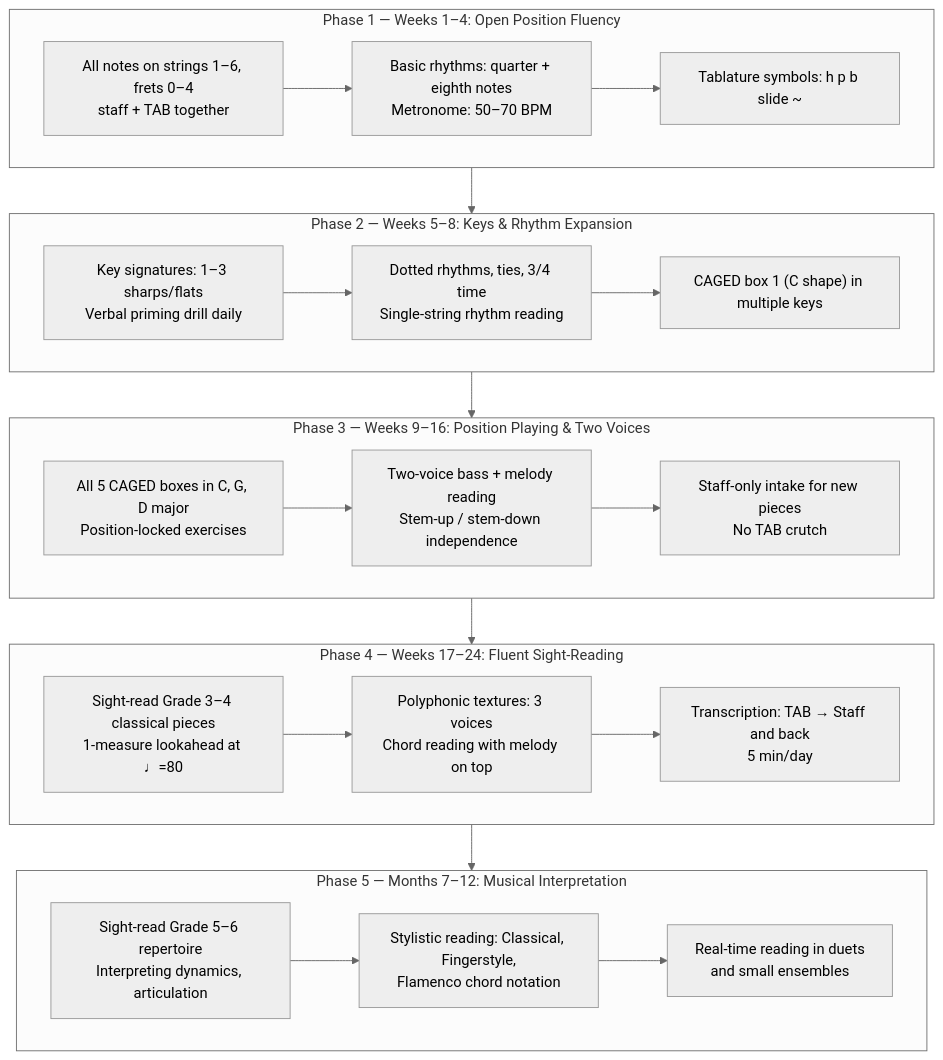
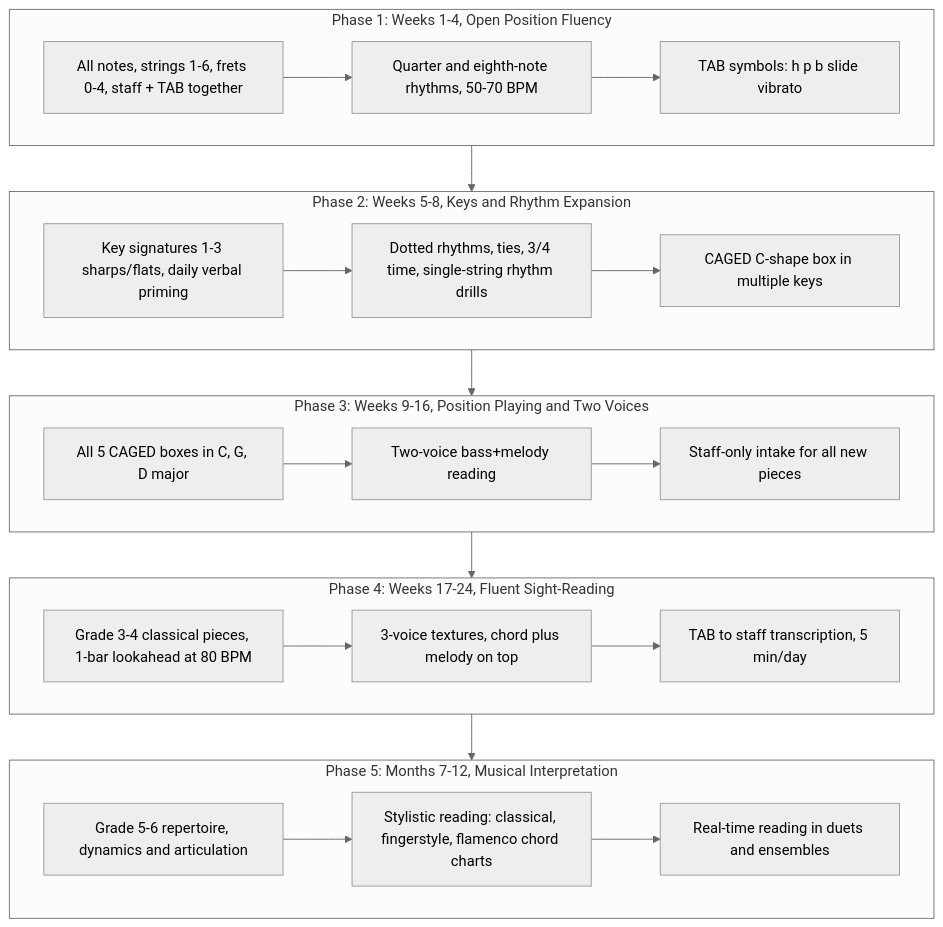
One commit to blebleblee/synapse changed the third of 3 diagrams in topics/arts/music_performance/acoustic_guitar/lesson_04_reading_tablature_and_sheet_music.md. Above: the diagram before and after it, drawn with Mermaid (neutral theme). The commit also changed other lines of this file and 4 other files, not shown here.

````diff
--- a/topics/arts/music_performance/acoustic_guitar/lesson_04_reading_tablature_and_sheet_music.md
+++ b/topics/arts/music_performance/acoustic_guitar/lesson_04_reading_tablature_and_sheet_music.md
@@ -577,39 +471,34 @@
 ```mermaid
 graph TD
-    subgraph sub_p1 ["Phase 1 — Weeks 1–4: Open Position Fluency"]
-        A1["All notes on strings 1–6, frets 0–4\nstaff + TAB together"]
-        A2["Basic rhythms: quarter + eighth notes\nMetronome: 50–70 BPM"]
-        A3["Tablature symbols: h p b slide ~"]
+    subgraph sub_p1 ["Phase 1: Weeks 1-4, Open Position Fluency"]
+        A1["All notes, strings 1-6, frets 0-4, staff + TAB together"]
+        A2["Quarter and eighth-note rhythms, 50-70 BPM"]
+        A3["TAB symbols: h p b slide vibrato"]
         A1 --> A2 --> A3
     end
-
-    subgraph sub_p2 ["Phase 2 — Weeks 5–8: Keys & Rhythm Expansion"]
-        B1["Key signatures: 1–3 sharps/flats\nVerbal priming drill daily"]
-        B2["Dotted rhythms, ties, 3/4 time\nSingle-string rhythm reading"]
-        B3["CAGED box 1 (C shape) in multiple keys"]
+    subgraph sub_p2 ["Phase 2: Weeks 5-8, Keys and Rhythm Expansion"]
+        B1["Key signatures 1-3 sharps/flats, daily verbal priming"]
+        B2["Dotted rhythms, ties, 3/4 time, single-string rhythm drills"]
+        B3["CAGED C-shape box in multiple keys"]
         B1 --> B2 --> B3
     end
-
-    subgraph sub_p3 ["Phase 3 — Weeks 9–16: Position Playing & Two Voices"]
-        C1["All 5 CAGED boxes in C, G, D major\nPosition-locked exercises"]
-        C2["Two-voice bass + melody reading\nStem-up / stem-down independence"]
-        C3["Staff-only intake for new pieces\nNo TAB crutch"]
+    subgraph sub_p3 ["Phase 3: Weeks 9-16, Position Playing and Two Voices"]
+        C1["All 5 CAGED boxes in C, G, D major"]
+        C2["Two-voice bass+melody reading"]
+        C3["Staff-only intake for all new pieces"]
         C1 --> C2 --> C3
     end
-
-    subgraph sub_p4 ["Phase 4 — Weeks 17–24: Fluent Sight-Reading"]
-        D1["Sight-read Grade 3–4 classical pieces\n1-measure lookahead at ♩=80"]
-        D2["Polyphonic textures: 3 voices\nChord reading with melody on top"]
-        D3["Transcription: TAB → Staff and back\n5 min/day"]
+    subgraph sub_p4 ["Phase 4: Weeks 17-24, Fluent Sight-Reading"]
+        D1["Grade 3-4 classical pieces, 1-bar lookahead at 80 BPM"]
+        D2["3-voice textures, chord plus melody on top"]
+        D3["TAB to staff transcription, 5 min/day"]
         D1 --> D2 --> D3
     end
-
-    subgraph sub_p5 ["Phase 5 — Months 7–12: Musical Interpretation"]
-        E1["Sight-read Grade 5–6 repertoire\nInterpreting dynamics, articulation"]
-        E2["Stylistic reading: Classical, Fingerstyle,\nFlamenco chord notation"]
-        E3["Real-time reading in duets\nand small ensembles"]
+    subgraph sub_p5 ["Phase 5: Months 7-12, Musical Interpretation"]
+        E1["Grade 5-6 repertoire, dynamics and articulation"]
+        E2["Stylistic reading: classical, fingerstyle, flamenco chord charts"]
+        E3["Real-time reading in duets and ensembles"]
         E1 --> E2 --> E3
     end
-
     sub_p1 --> sub_p2 --> sub_p3 --> sub_p4 --> sub_p5
 ```
````
